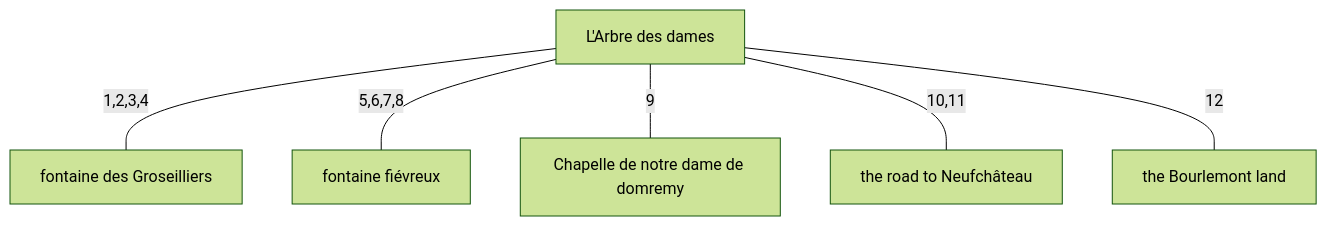
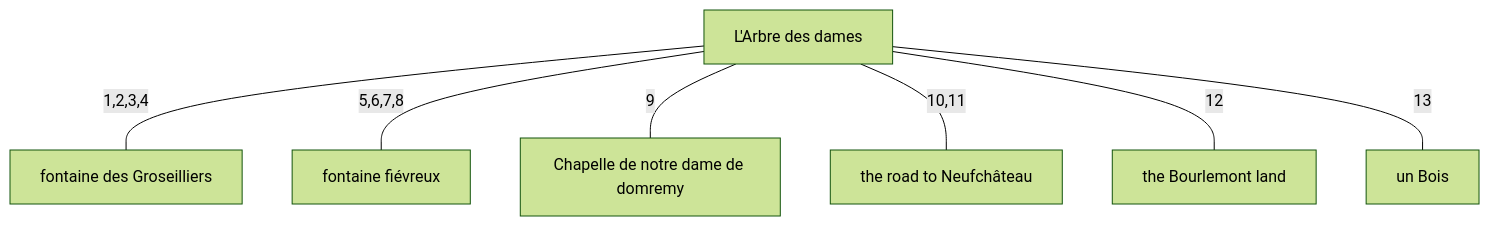
The diagram in breakout/combined.md (kitty-catt/the-location-of-the-arbre-des-dames-and-the-spring-of-joan-of-arc), drawn with Mermaid (forest theme) before and after one commit. The commit also changed other lines of this file and 3 other files, not shown here.

````diff
--- a/breakout/combined.md
+++ b/breakout/combined.md
@@ -26,15 +28,17 @@
 ```mermaid
 graph TD
     N1["L'Arbre des dames"]
     N2["Chapelle de notre dame de domremy"]
     N5["fontaine fiévreux"]
     N6["fontaine des Groseilliers"]
     N7["the road to Neufchâteau"]
     N15["the Bourlemont land"]
+    N16["un Bois"]
 
     N1 -- "1,2,3,4" --- N6
     N1 -- "5,6,7,8" --- N5
     N1 -- "9" --- N2
     N1 -- "10,11" --- N7
     N1 -- "12" --- N15
+    N1 -- "13" --- N16
 ```
````
